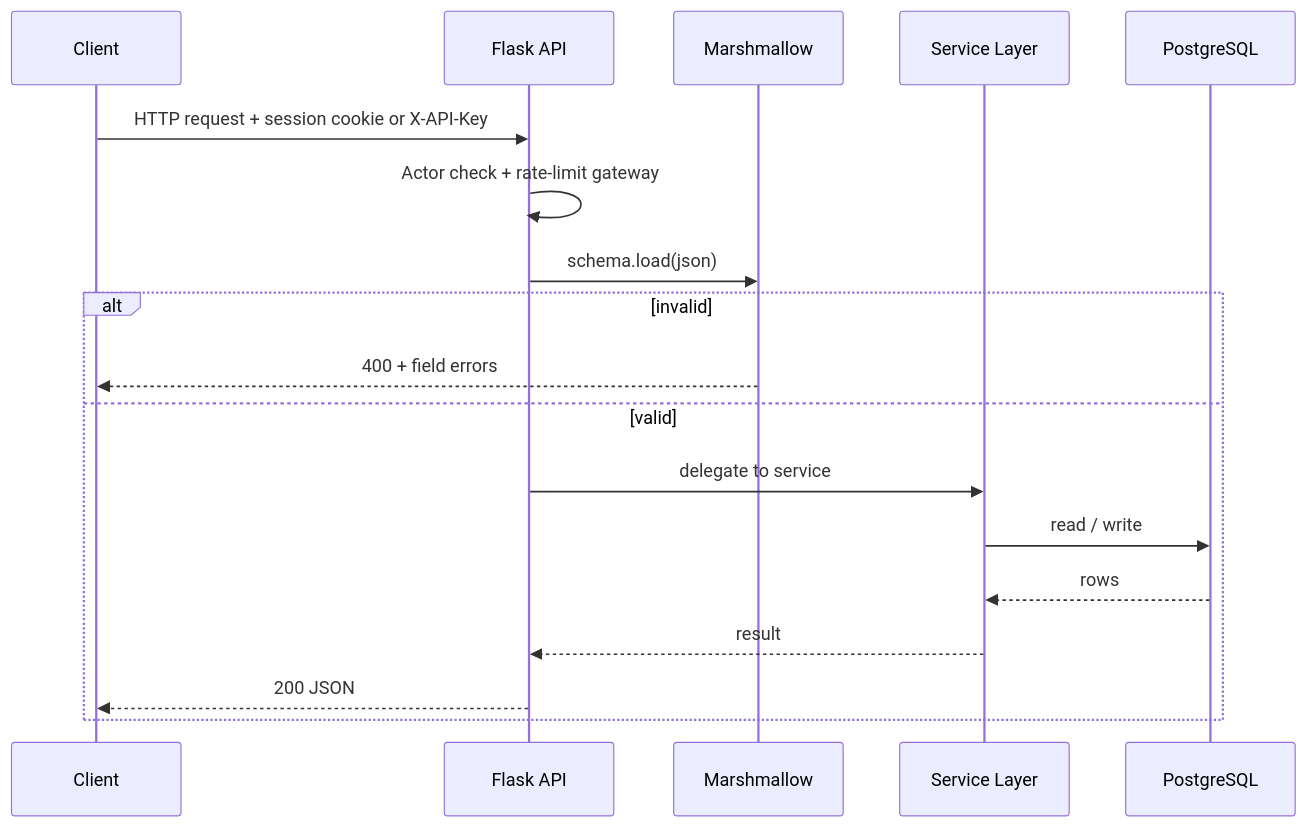
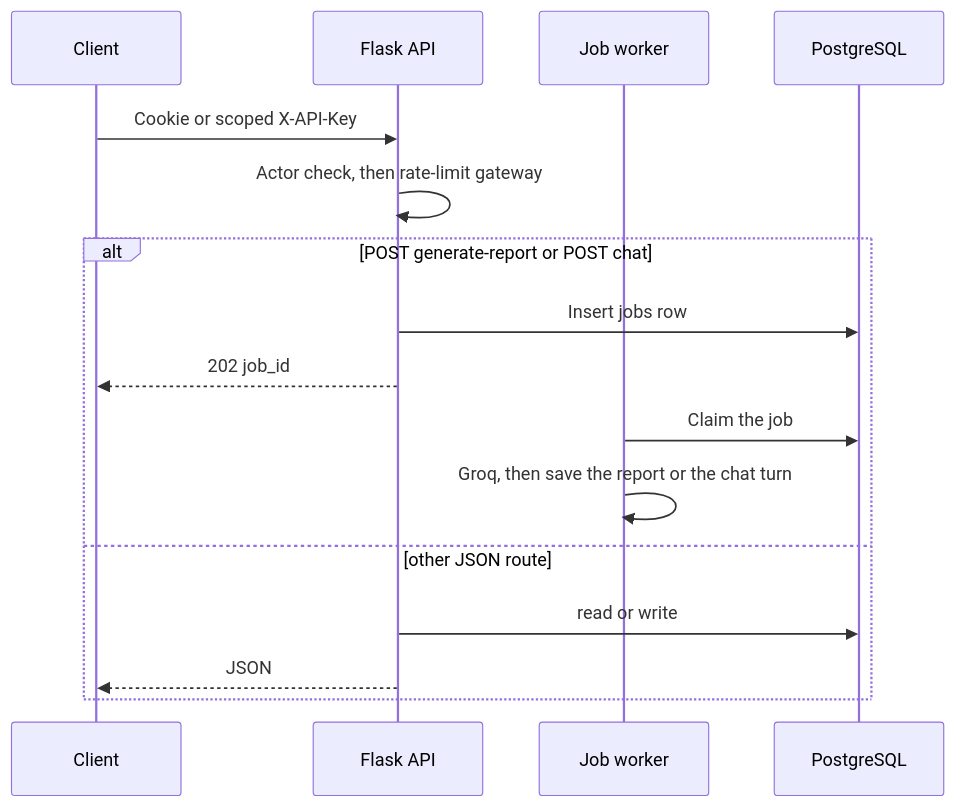
The second of 2 diagrams in README.md (ShantanuGarg2004/FinPilot), drawn with Mermaid before and after one commit. The commit also changed other lines of this file and 68 other files, not shown here.

````diff
--- a/README.md
+++ b/README.md
@@ -155,21 +164,19 @@
 ```mermaid
 sequenceDiagram
     participant C as Client
     participant API as Flask API
-    participant SC as Marshmallow
-    participant S as Service Layer
+    participant W as Job worker
     participant DB as PostgreSQL
 
-    C->>API: HTTP request + session cookie or X-API-Key
-    API->>API: Actor check + rate-limit gateway
-    API->>SC: schema.load(json)
-    alt invalid
-        SC-->>C: 400 + field errors
-    else valid
-        API->>S: delegate to service
-        S->>DB: read / write
-        DB-->>S: rows
-        S-->>API: result
-        API-->>C: 200 JSON
+    C->>API: Cookie or scoped X-API-Key
+    API->>API: Actor check, then rate-limit gateway
+    alt POST generate-report or POST chat
+        API->>DB: Insert jobs row
+        API-->>C: 202 job_id
+        W->>DB: Claim the job
+        W->>W: Groq, then save the report or the chat turn
+    else other JSON route
+        API->>DB: read or write
+        API-->>C: JSON
     end
 ```
````
